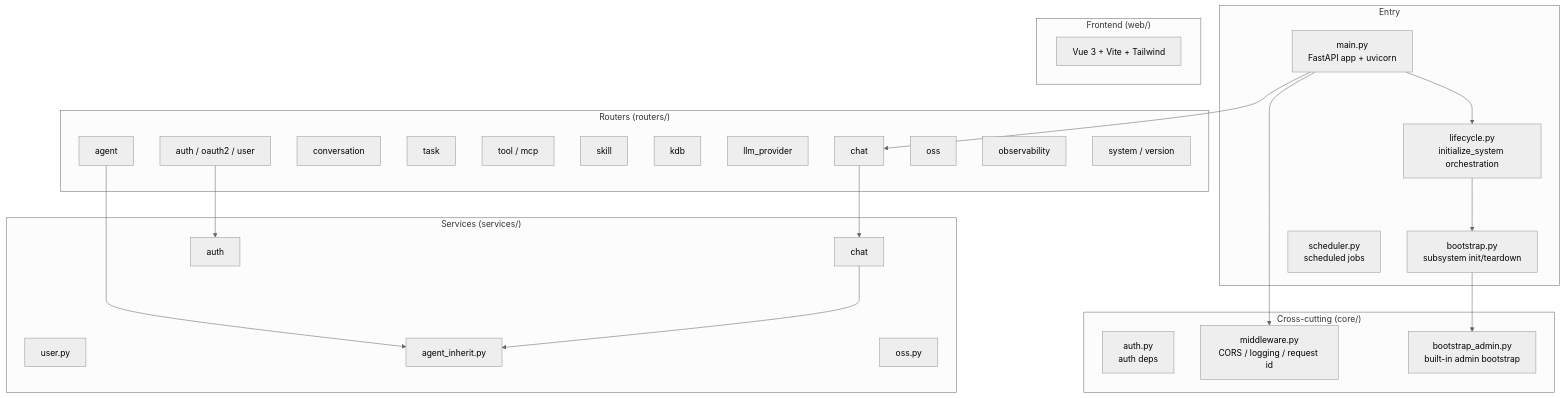
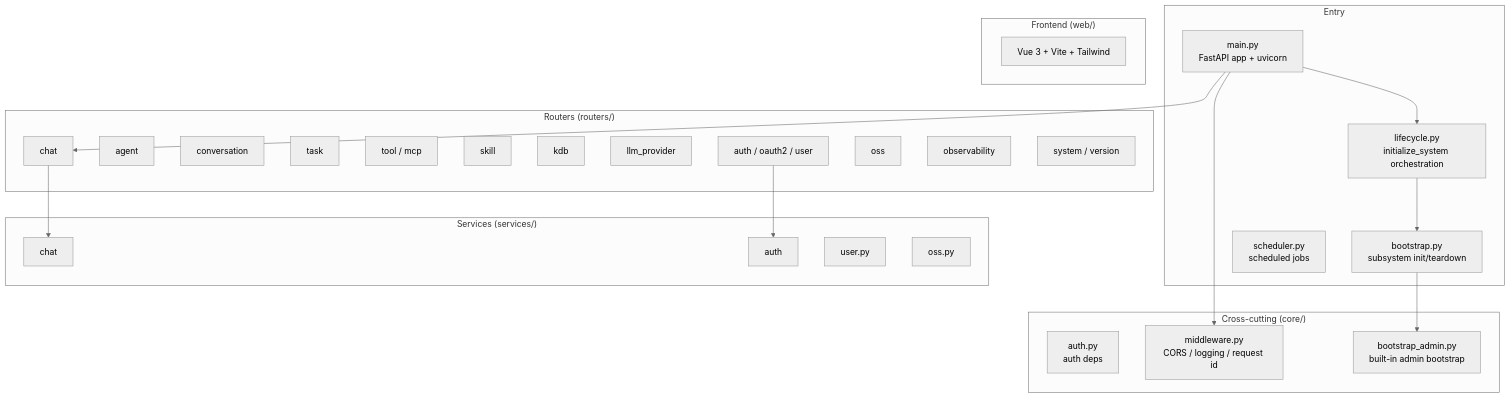
The first of 5 diagrams in docs/en/architecture/ARCHITECTURE_APP_SERVER.md (ZHangZHengEric/Sage), drawn with Mermaid (neutral theme) before and after one commit. The commit also changed 24 other files, not shown here.

````diff
--- a/docs/en/architecture/ARCHITECTURE_APP_SERVER.md
+++ b/docs/en/architecture/ARCHITECTURE_APP_SERVER.md
@@ -19,52 +19,49 @@
 ```mermaid
 flowchart TB
     subgraph Entry
         Main[main.py<br/>FastAPI app + uvicorn]
         Boot[bootstrap.py<br/>subsystem init/teardown]
         Life[lifecycle.py<br/>initialize_system orchestration]
         Sched[scheduler.py<br/>scheduled jobs]
     end
 
     subgraph G_Core ["Cross-cutting (core/)"]
         Auth[auth.py<br/>auth deps]
         Mid[middleware.py<br/>CORS / logging / request id]
         AdminBoot[bootstrap_admin.py<br/>built-in admin bootstrap]
     end
 
     subgraph G_Routers ["Routers (routers/)"]
         RChat[chat]
         RAgent[agent]
         RConv[conversation]
         RTask[task]
         RTool[tool / mcp]
         RSkill[skill]
         RKdb[kdb]
         RLLM[llm_provider]
         RAuth[auth / oauth2 / user]
         ROss[oss]
         RObs[observability]
         RSys[system / version]
     end
 
     subgraph G_Services ["Services (services/)"]
         SChat[chat]
         SAuth[auth]
         SUser[user.py]
-        SAgent[agent_inherit.py]
         SOss[oss.py]
     end
 
     subgraph G_Web ["Frontend (web/)"]
         WebSrc[Vue 3 + Vite + Tailwind]
     end
 
     Main --> Mid
     Main --> Life
     Main --> RChat
     RChat --> SChat
-    RAgent --> SAgent
     RAuth --> SAuth
-    SChat --> SAgent
     Life --> Boot
     Boot --> AdminBoot
 ```
````
